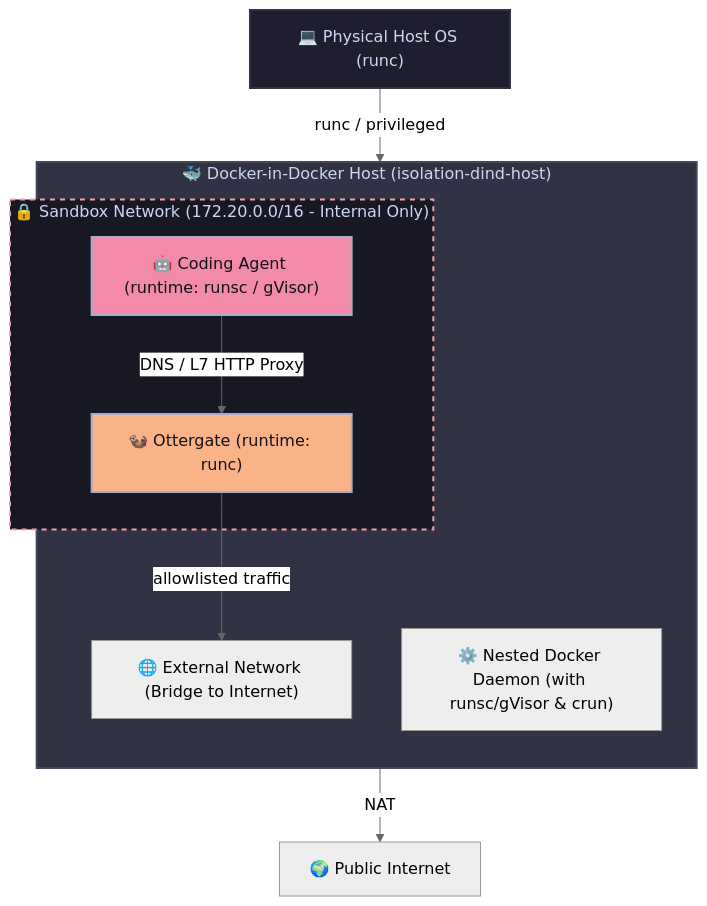
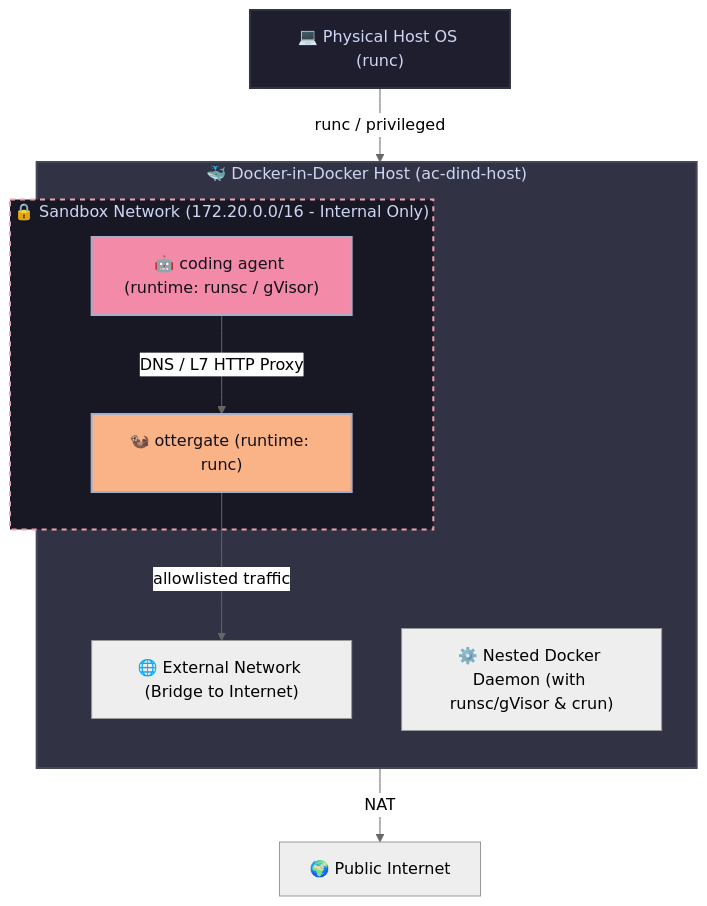
The first of 6 diagrams in README.md (gni/agents-container), drawn with Mermaid (neutral theme) before and after one commit. The commit also changed other lines of this file and 9 other files, not shown here.

````diff
--- a/README.md
+++ b/README.md
@@ -13,27 +78,27 @@
 ```mermaid
 graph TD
     Host["💻 Physical Host OS (runc)"]
     
-    subgraph DinD ["🐳 Docker-in-Docker Host (isolation-dind-host)"]
+    subgraph DinD ["🐳 Docker-in-Docker Host (ac-dind-host)"]
         direction TB
         Dockerd["⚙️ Nested Docker Daemon (with runsc/gVisor & crun)"]
         
         subgraph Net ["🔒 Sandbox Network (172.20.0.0/16 - Internal Only)"]
-            Agent["🤖 Coding Agent (runtime: runsc / gVisor)"]
-            Ottergate["🦦 Ottergate (runtime: runc)"]
+            Agent["🤖 coding agent (runtime: runsc / gVisor)"]
+            Ottergate["🦦 ottergate (runtime: runc)"]
         end
         
         ExtNet["🌐 External Network (Bridge to Internet)"]
     end
     
     Host -->|runc / privileged| DinD
     Agent -->|DNS / L7 HTTP Proxy| Ottergate
     Ottergate -->|allowlisted traffic| ExtNet
     ExtNet -->|NAT| Internet["🌍 Public Internet"]
     
     style Host fill:#1e1e2e,stroke:#313244,stroke-width:2px,color:#cdd6f4
     style DinD fill:#313244,stroke:#45475a,stroke-width:2px,color:#cdd6f4
     style Net fill:#181825,stroke:#eba0ac,stroke-width:2px,stroke-dasharray: 5 5,color:#cdd6f4
     style Agent fill:#f38ba8,stroke:#a6adc8,stroke-width:2px,color:#11111b
     style Ottergate fill:#fab387,stroke:#a6adc8,stroke-width:2px,color:#11111b
 ```
````
